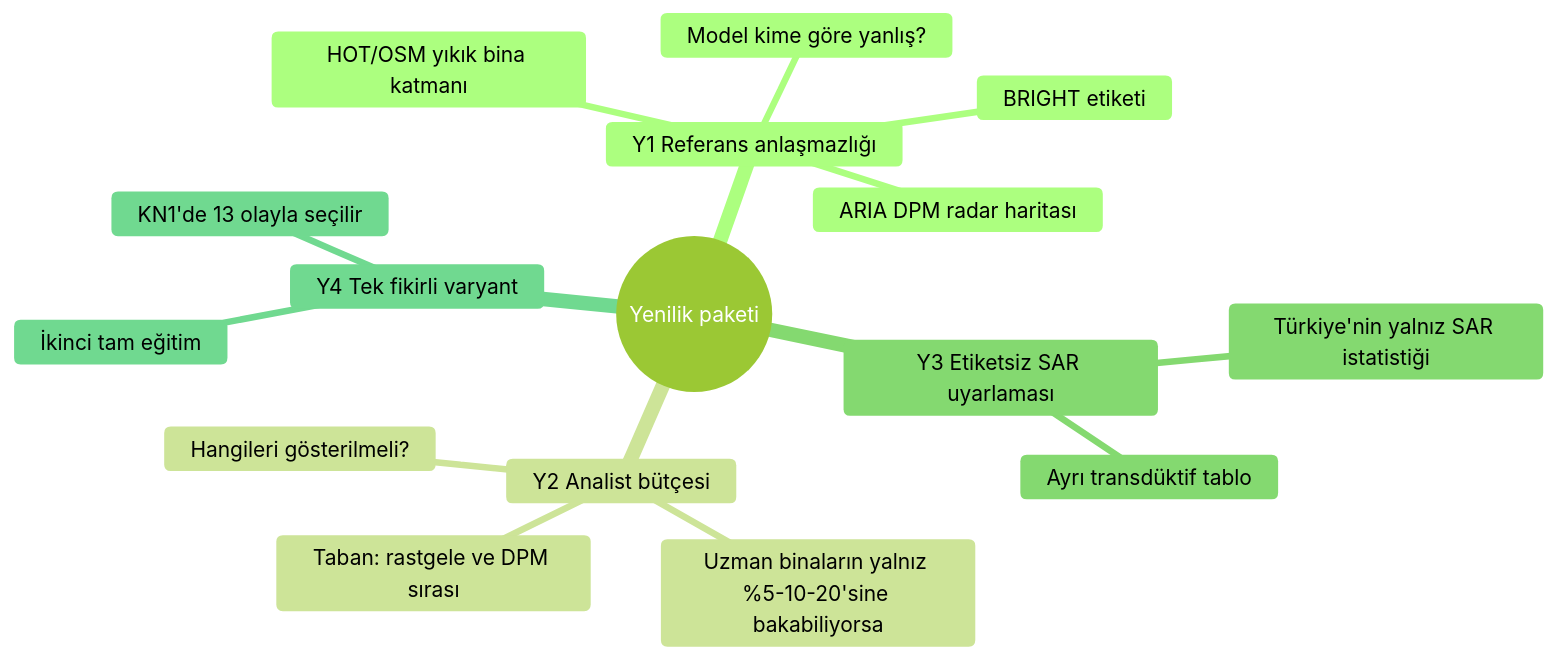
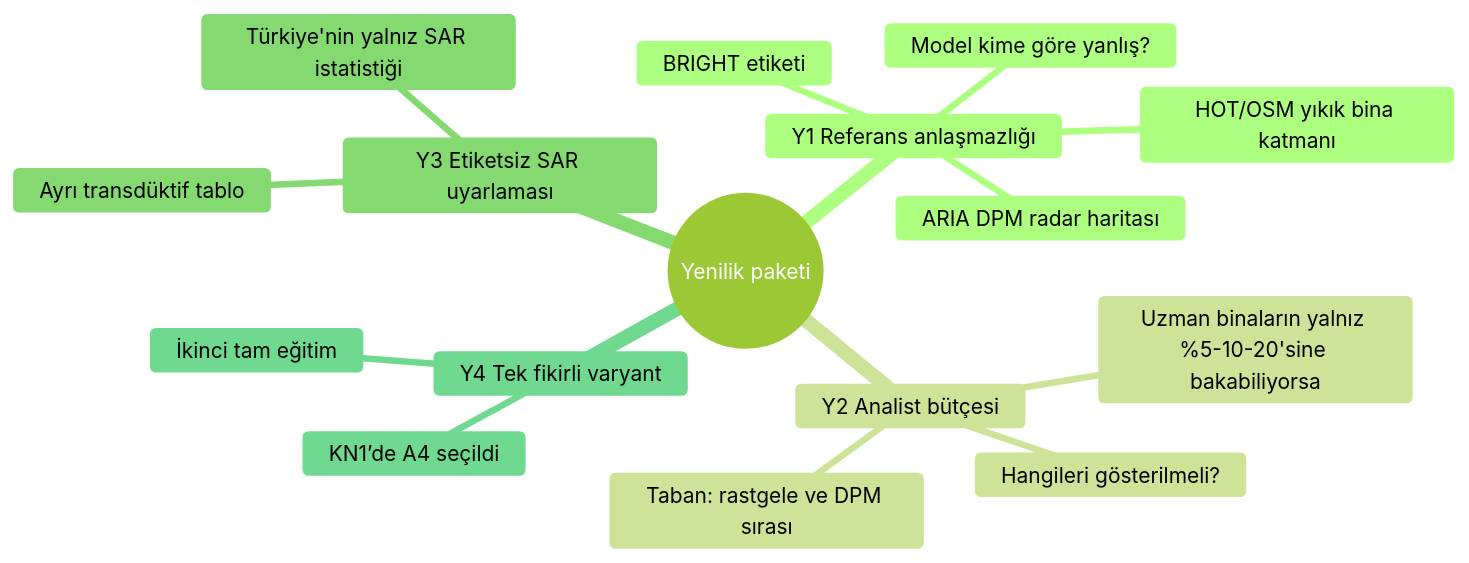
Before and after one commit to OgzhnTarhn/deprem-hasar-haritasi: the seventh of 7 diagrams in docs/proje-haritasi.md, drawn with Mermaid (forest theme). The commit also changed other lines of this file and 2 other files, not shown here.

````diff
--- a/docs/proje-haritasi.md
+++ b/docs/proje-haritasi.md
@@ -727,19 +490,19 @@
 ```mermaid
 mindmap
   root((Yenilik paketi))
     Y1 Referans anlaşmazlığı
       BRIGHT etiketi
       HOT/OSM yıkık bina katmanı
       ARIA DPM radar haritası
       Model kime göre yanlış?
     Y2 Analist bütçesi
       Uzman binaların yalnız %5-10-20'sine bakabiliyorsa
       Hangileri gösterilmeli?
       Taban: rastgele ve DPM sırası
     Y3 Etiketsiz SAR uyarlaması
       Türkiye'nin yalnız SAR istatistiği
       Ayrı transdüktif tablo
     Y4 Tek fikirli varyant
-      KN1'de 13 olayla seçilir
+      KN1’de A4 seçildi
       İkinci tam eğitim
 ```
````
